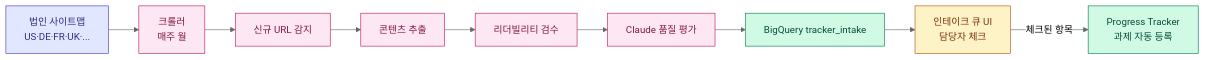
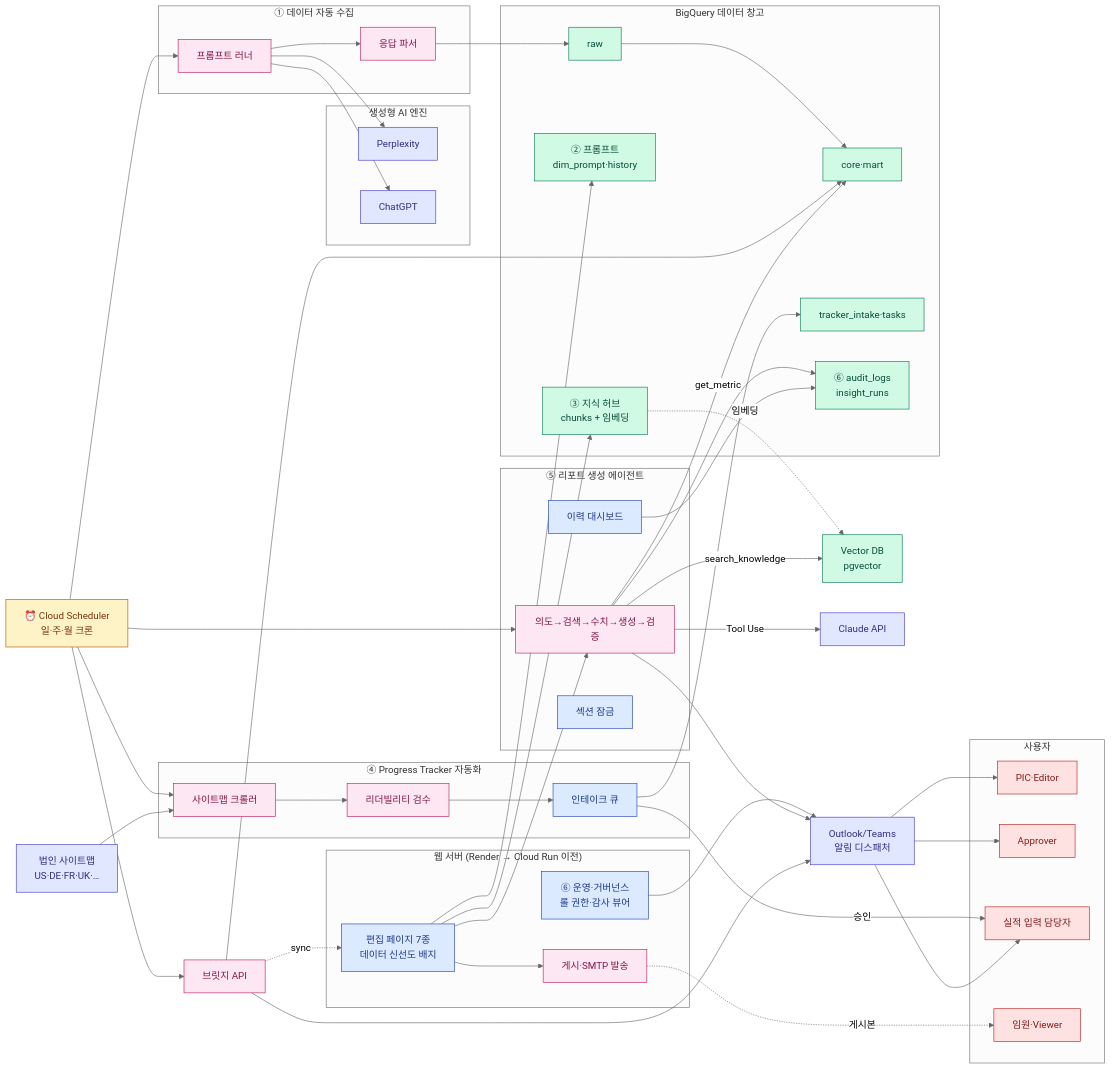
One commit to mts8787-droid/my-geo-newsletter changed the second of 3 diagrams in docs/ADMIN_PLAN.md. Above: the diagram before and after it, drawn with Mermaid (neutral theme). The commit also changed other lines of this file, not shown here.

````diff
--- a/docs/ADMIN_PLAN.md
+++ b/docs/ADMIN_PLAN.md
@@ -279,20 +105,88 @@
 ```mermaid
 flowchart LR
+  classDef sched fill:#FEF3C7,stroke:#B45309,color:#78350F
+  classDef run fill:#FCE7F3,stroke:#BE185D,color:#831843
+  classDef bq fill:#D1FAE5,stroke:#047857,color:#064E3B
+  classDef ui fill:#DBEAFE,stroke:#1E40AF,color:#1E3A8A
   classDef ext fill:#E0E7FF,stroke:#4338CA,color:#312E81
-  classDef run fill:#FCE7F3,stroke:#BE185D,color:#831843
-  classDef store fill:#D1FAE5,stroke:#047857,color:#064E3B
-  classDef ui fill:#FEF3C7,stroke:#B45309,color:#78350F
+  classDef user fill:#FEE2E2,stroke:#B91C1C,color:#7F1D1D
 
-  법인[법인 사이트맵<br/>US·DE·FR·UK·...]:::ext
-  크롤[크롤러<br/>매주 월]:::run
-  diff[신규 URL 감지]:::run
-  추출[콘텐츠 추출]:::run
-  가독[리더빌리티 검수]:::run
-  품질[Claude 품질 평가]:::run
-  큐[BigQuery tracker_intake]:::store
-  UI[인테이크 큐 UI<br/>담당자 체크]:::ui
-  PT[Progress Tracker<br/>과제 자동 등록]:::store
+  Sched[⏰ Cloud Scheduler<br/>일·주·월 크론]:::sched
 
-  법인 --> 크롤 --> diff --> 추출 --> 가독 --> 품질 --> 큐 --> UI
-  UI -- 체크된 항목 --> PT
+  subgraph Ingest["① 데이터 자동 수집"]
+    PR[프롬프트 러너]:::run
+    PS[응답 파서]:::run
+  end
+
+  subgraph Tracker["④ Progress Tracker 자동화"]
+    SC[사이트맵 크롤러]:::run
+    RD[리더빌리티 검수]:::run
+    IQ[인테이크 큐]:::ui
+  end
+
+  subgraph Engines["생성형 AI 엔진"]
+    Perp[Perplexity]:::ext
+    GPT[ChatGPT]:::ext
+  end
+
+  subgraph Warehouse["BigQuery 데이터 창고"]
+    Raw[raw]:::bq
+    Core[core·mart]:::bq
+    Prompts[② 프롬프트<br/>dim_prompt·history]:::bq
+    Knowledge[③ 지식 허브<br/>chunks + 임베딩]:::bq
+    TrackDS[tracker_intake·tasks]:::bq
+    Audit[⑥ audit_logs<br/>insight_runs]:::bq
+  end
+
+  Vec[Vector DB<br/>pgvector]:::bq
+  Bridge[브릿지 API]:::run
+
+  subgraph Agent["⑤ 리포트 생성 에이전트"]
+    Loop[의도→검색→수치→생성→검증]:::run
+    History[이력 대시보드]:::ui
+    Lock[섹션 잠금]:::ui
+  end
+
+  Claude[Claude API]:::ext
+
+  subgraph WebApp["웹 서버 (Render → Cloud Run 이전)"]
+    Editor[편집 페이지 7종<br/>데이터 신선도 배지]:::ui
+    Gov[⑥ 운영·거버넌스<br/>롤 권한·감사 뷰어]:::ui
+    Pub[게시·SMTP 발송]:::run
+  end
+
+  Notif[Outlook/Teams<br/>알림 디스패처]:::ext
+
+  subgraph Users["사용자"]
+    PIC[PIC·Editor]:::user
+    Appr[Approver]:::user
+    Contrib[실적 입력 담당자]:::user
+    Exec[임원·Viewer]:::user
+  end
+
+  Sites[법인 사이트맵<br/>US·DE·FR·UK·…]:::ext
+
+  Sched --> PR --> Perp & GPT
+  PR --> PS --> Raw --> Core
+  Sched --> SC
+  Sites --> SC --> RD --> IQ --> TrackDS
+  Sched --> Bridge --> Core
+  Bridge -.sync.-> Editor
+  Sched --> Loop
+  Loop -- get_metric --> Core
+  Loop -- search_knowledge --> Vec
+  Knowledge -.임베딩.-> Vec
+  Loop -- Tool Use --> Claude
+  Loop --> Audit
+  History --> Audit
+  Editor --> Loop
+  Editor --> Prompts
+  Editor --> Knowledge
+  IQ -- 승인 --> Contrib
+  Gov --> Notif
+  Loop --> Notif
+  Bridge --> Notif
+  Notif --> PIC & Appr & Contrib
+  Editor --> Pub
+  Pub -.게시본.-> Exec
 ```
````
